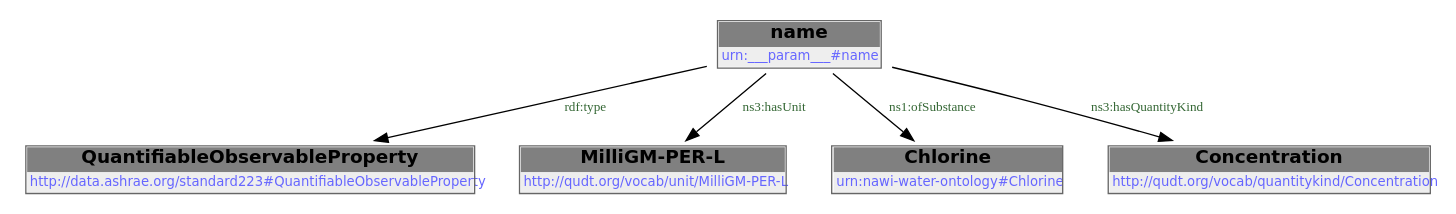
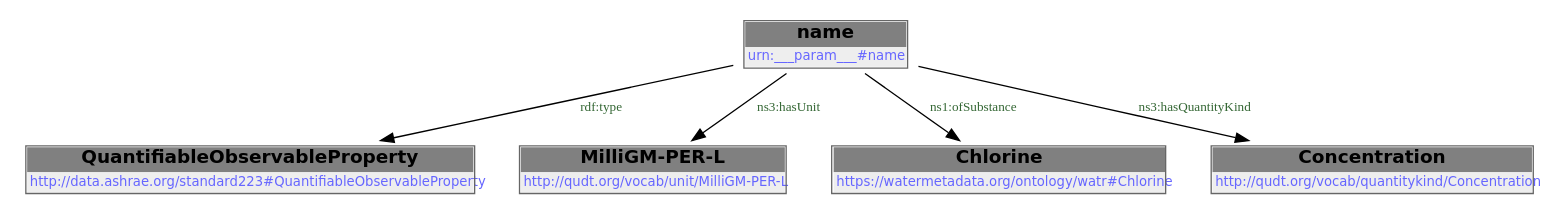
The first of 2 diagrams in docs/libraries/templates/cl2-mgL.rst (DataDrivenCPS/water-ontology), drawn with Graphviz before and after one commit. The commit also changed other lines of this file and 43 other files, not shown here.

First line of the commit message:
feat: move ontology to https://watermetadata.org base URI

```diff
--- a/docs/libraries/templates/cl2-mgL.rst
+++ b/docs/libraries/templates/cl2-mgL.rst
@@ -63,14 +63,14 @@
         .. graphviz::
 
                 digraph G {
             node [fontname="DejaVu Sans"];
             node0 -> node1 [color=BLACK, label=< <font point-size='10' color='#336633'>rdf:type</font> >];
             node0 -> node2 [color=BLACK, label=< <font point-size='10' color='#336633'>ns3:hasUnit</font> >];
             node0 -> node3 [color=BLACK, label=< <font point-size='10' color='#336633'>ns1:ofSubstance</font> >];
             node0 -> node4 [color=BLACK, label=< <font point-size='10' color='#336633'>ns3:hasQuantityKind</font> >];
             node0 [shape=none, color=black, label=< <table color='#666666' cellborder='0' cellspacing='0' border='1'><tr><td colspan='2' bgcolor='grey'><B>name</B></td></tr><tr><td href='urn:___param___#name' bgcolor='#eeeeee' colspan='2'><font point-size='10' color='#6666ff'>urn:___param___#name</font></td></tr></table> >];
             node1 [shape=none, color=black, label=< <table color='#666666' cellborder='0' cellspacing='0' border='1'><tr><td colspan='2' bgcolor='grey'><B>QuantifiableObservableProperty</B></td></tr><tr><td href='http://data.ashrae.org/standard223#QuantifiableObservableProperty' bgcolor='#eeeeee' colspan='2'><font point-size='10' color='#6666ff'>http://data.ashrae.org/standard223#QuantifiableObservableProperty</font></td></tr></table> >];
             node2 [shape=none, color=black, label=< <table color='#666666' cellborder='0' cellspacing='0' border='1'><tr><td colspan='2' bgcolor='grey'><B>MilliGM-PER-L</B></td></tr><tr><td href='http://qudt.org/vocab/unit/MilliGM-PER-L' bgcolor='#eeeeee' colspan='2'><font point-size='10' color='#6666ff'>http://qudt.org/vocab/unit/MilliGM-PER-L</font></td></tr></table> >];
-            node3 [shape=none, color=black, label=< <table color='#666666' cellborder='0' cellspacing='0' border='1'><tr><td colspan='2' bgcolor='grey'><B>Chlorine</B></td></tr><tr><td href='urn:nawi-water-ontology#Chlorine' bgcolor='#eeeeee' colspan='2'><font point-size='10' color='#6666ff'>urn:nawi-water-ontology#Chlorine</font></td></tr></table> >];
+            node3 [shape=none, color=black, label=< <table color='#666666' cellborder='0' cellspacing='0' border='1'><tr><td colspan='2' bgcolor='grey'><B>Chlorine</B></td></tr><tr><td href='https://watermetadata.org/ontology/watr#Chlorine' bgcolor='#eeeeee' colspan='2'><font point-size='10' color='#6666ff'>https://watermetadata.org/ontology/watr#Chlorine</font></td></tr></table> >];
             node4 [shape=none, color=black, label=< <table color='#666666' cellborder='0' cellspacing='0' border='1'><tr><td colspan='2' bgcolor='grey'><B>Concentration</B></td></tr><tr><td href='http://qudt.org/vocab/quantitykind/Concentration' bgcolor='#eeeeee' colspan='2'><font point-size='10' color='#6666ff'>http://qudt.org/vocab/quantitykind/Concentration</font></td></tr></table> >];
             }
```
